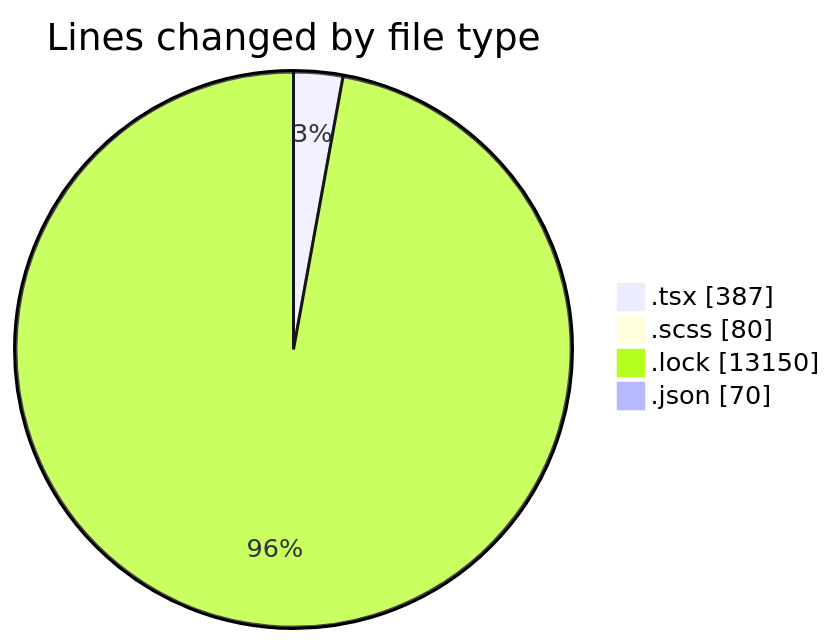
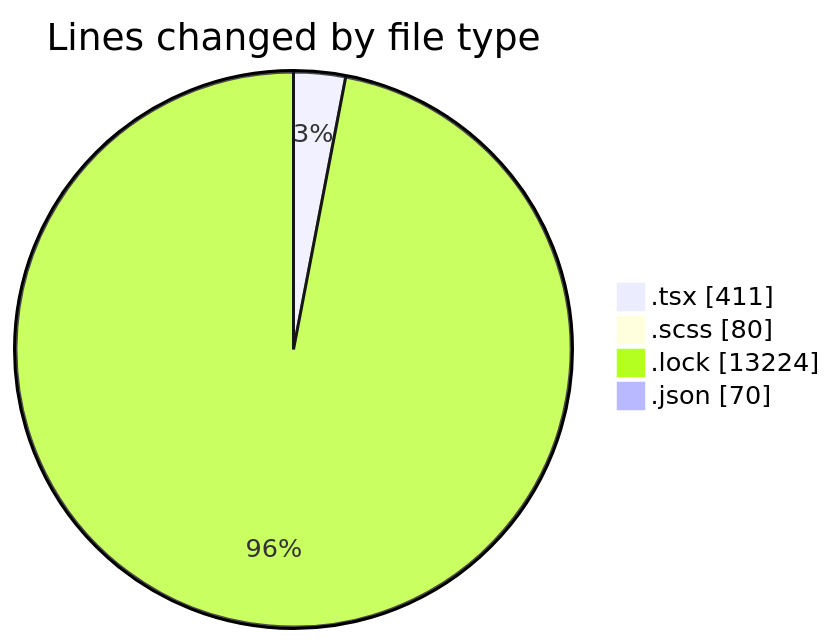
Before and after one commit to momahboobian/code-tracking: the first of 2 diagrams in 2025-05-06/cda/README.md, drawn with Mermaid. The commit also changed other lines of this file and 1 other file, not shown here.

````diff
--- a/2025-05-06/cda/README.md
+++ b/2025-05-06/cda/README.md
@@ -25,8 +26,8 @@
 ```mermaid
 pie showData
 title Lines changed by file type
-".tsx" : 387
+".tsx" : 411
 ".scss" : 80
-".lock" : 13150
+".lock" : 13224
 ".json" : 70
 ```
````
